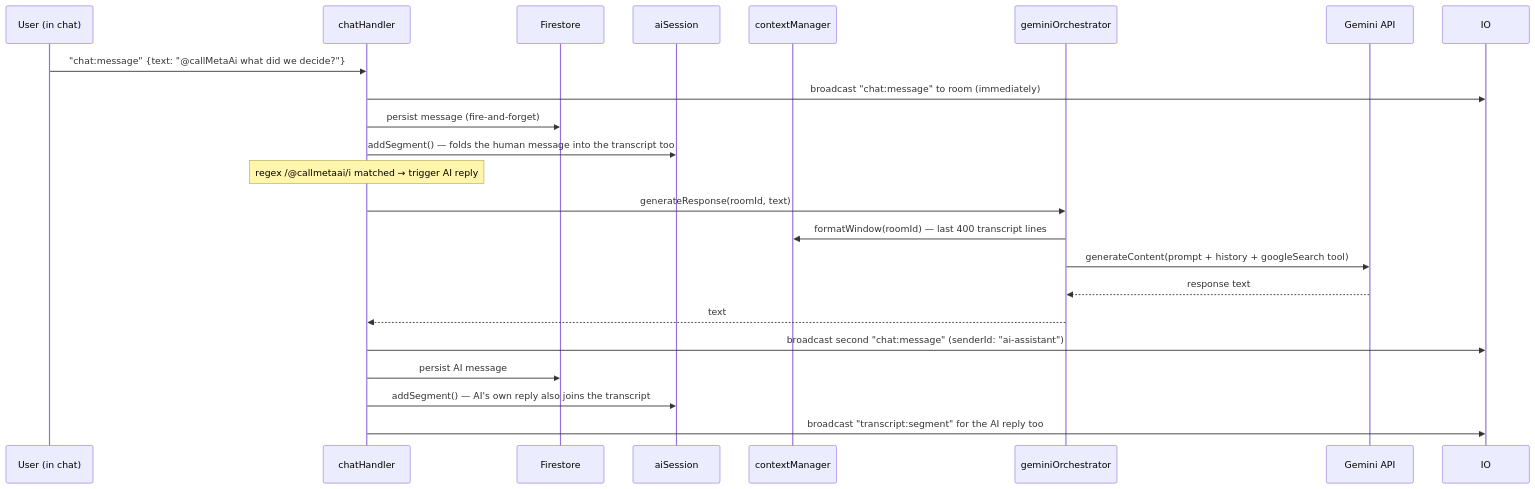
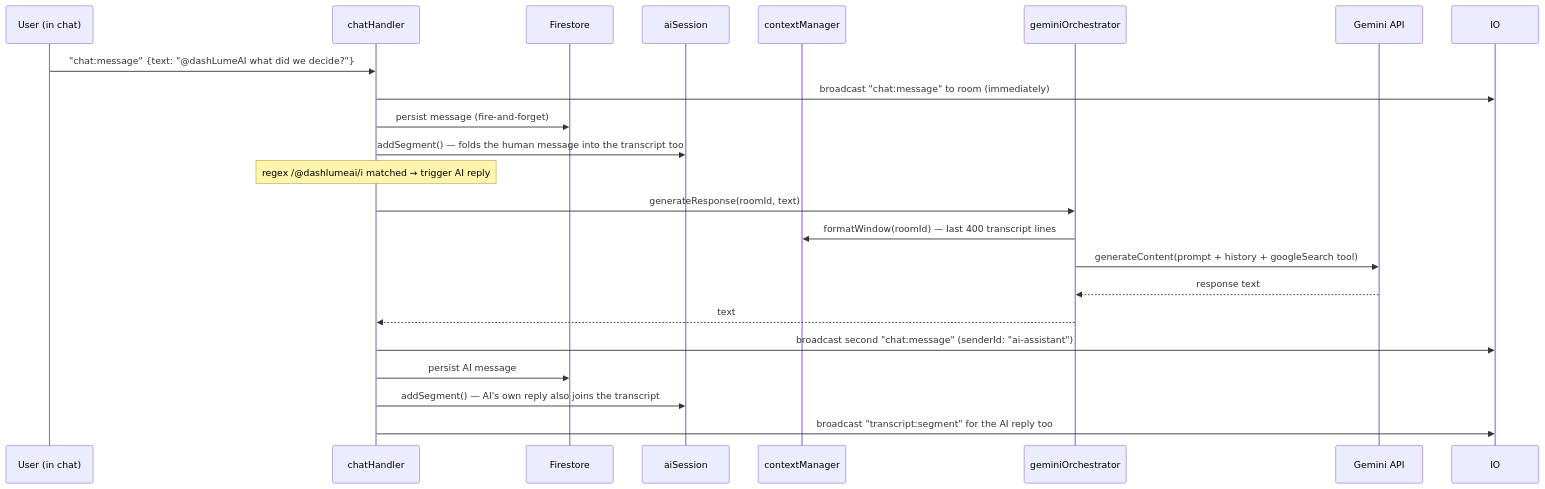
Before and after one commit to vithanichandresh/DashLumeAiBackend: the seventh of 7 diagrams in BACKEND_ARCHITECTURE.md, drawn with Mermaid. The commit also changed other lines of this file and 3 other files, not shown here.

First line of the commit message:
Redesign Home, Profile, and Auth screens for DashLume AI branding and implement user profile persistence

````diff
--- a/BACKEND_ARCHITECTURE.md
+++ b/BACKEND_ARCHITECTURE.md
@@ -344,25 +344,25 @@
 ```mermaid
 sequenceDiagram
     participant U as User (in chat)
     participant CH as chatHandler
     participant FS as Firestore
     participant AI as aiSession
     participant CTX as contextManager
     participant Gem as geminiOrchestrator
     participant API as Gemini API
 
-    U->>CH: "chat:message" {text: "@callMetaAi what did we decide?"}
+    U->>CH: "chat:message" {text: "@dashLumeAI what did we decide?"}
     CH->>IO: broadcast "chat:message" to room (immediately)
     CH->>FS: persist message (fire-and-forget)
     CH->>AI: addSegment() — folds the human message into the transcript too
-    Note over CH: regex /@callmetaai/i matched → trigger AI reply
+    Note over CH: regex /@dashlumeai/i matched → trigger AI reply
     CH->>Gem: generateResponse(roomId, text)
     Gem->>CTX: formatWindow(roomId) — last 400 transcript lines
     Gem->>API: generateContent(prompt + history + googleSearch tool)
     API-->>Gem: response text
     Gem-->>CH: text
     CH->>IO: broadcast second "chat:message" (senderId: "ai-assistant")
     CH->>FS: persist AI message
     CH->>AI: addSegment() — AI's own reply also joins the transcript
     CH->>IO: broadcast "transcript:segment" for the AI reply too
 ```
````
